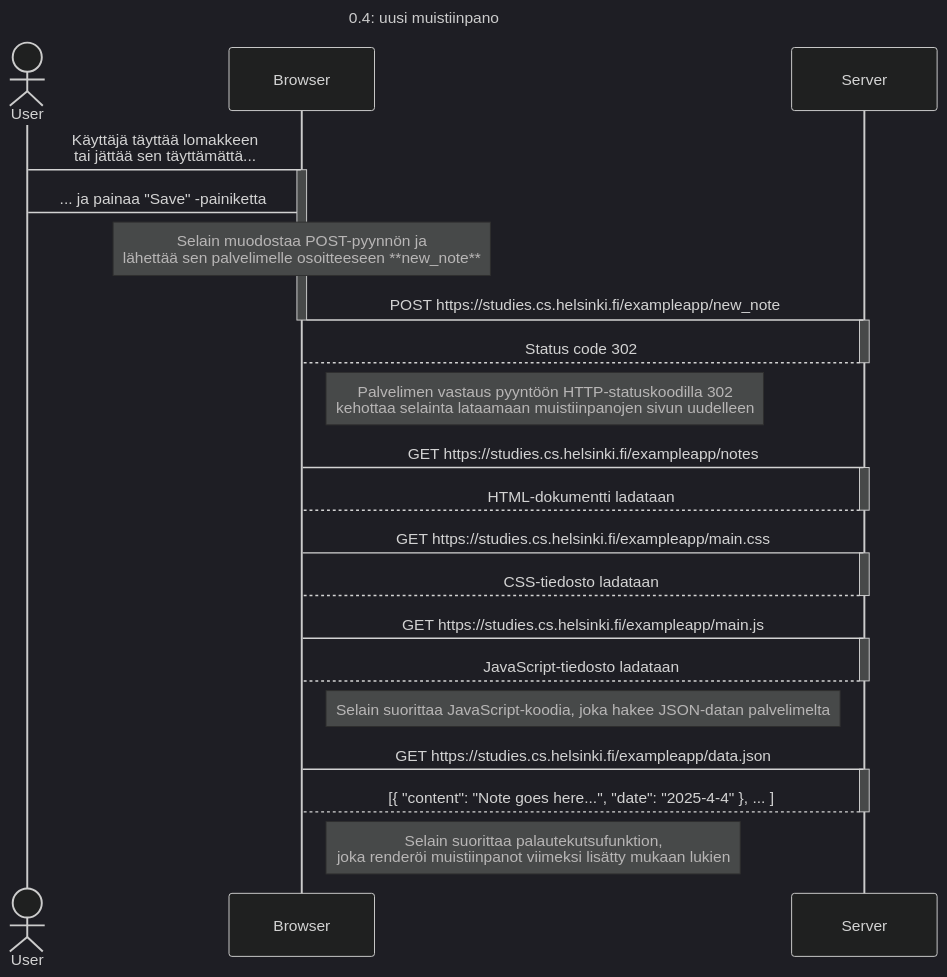
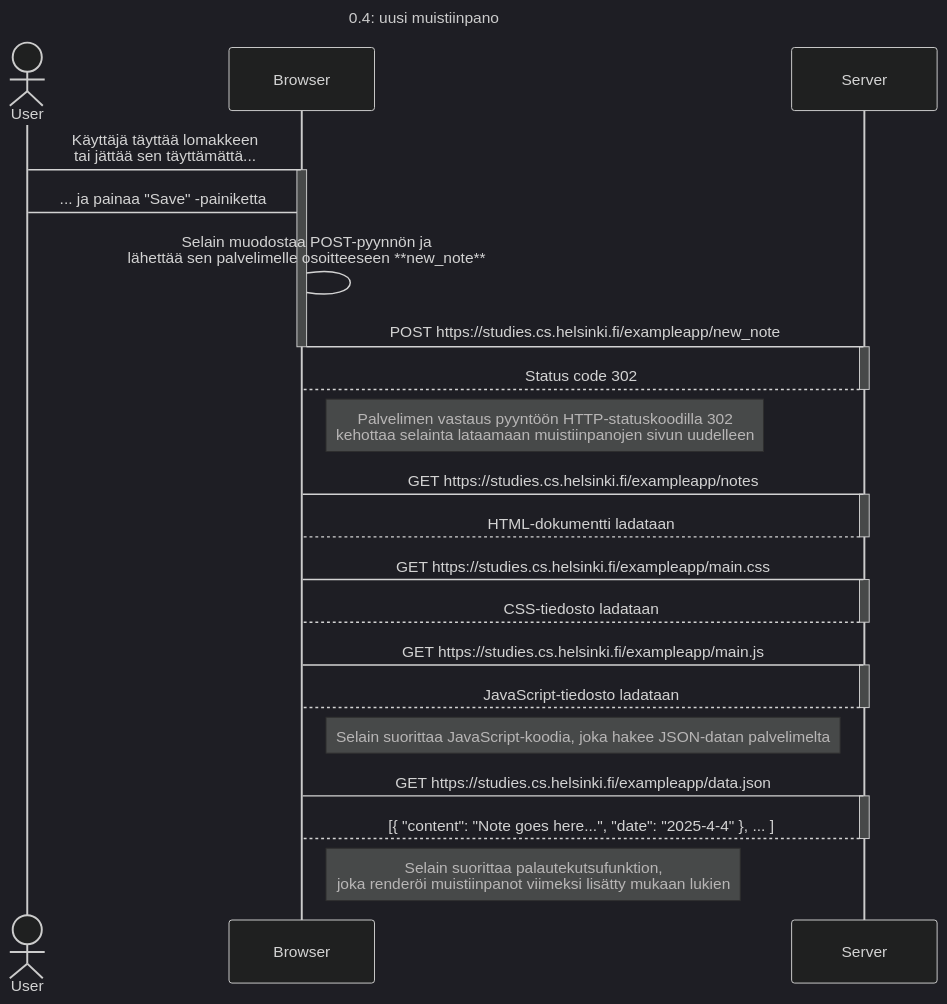
One commit to JuriHajainen/fullstackopen changed the diagram in osa0/0.4__uusi_muistiinpano.md. Above: the diagram before and after it, drawn with Mermaid (dark theme). The commit also changed 1 other file, not shown here.

````diff
--- a/osa0/0.4__uusi_muistiinpano.md
+++ b/osa0/0.4__uusi_muistiinpano.md
@@ -4,47 +4,47 @@
 ```mermaid
 
 sequenceDiagram
 
     title 0.4: uusi muistiinpano
 
     actor User
     participant Browser
     participant Server
 
     User->Browser: Käyttäjä täyttää lomakkeen<br>tai jättää sen täyttämättä...
     activate Browser
     User->Browser: ... ja painaa "Save" -painiketta
-    note over Browser: Selain muodostaa POST-pyynnön ja<br>lähettää sen palvelimelle osoitteeseen **new_note**
+    Browser->Browser:  Selain muodostaa POST-pyynnön ja<br>lähettää sen palvelimelle osoitteeseen **new_note**
     
     Browser->Server: POST https://studies.cs.helsinki.fi/exampleapp/new_note
     deactivate Browser
     activate Server
     Server-->Browser: Status code 302
     deactivate Server
     note right of Browser: Palvelimen vastaus pyyntöön HTTP-statuskoodilla 302<br>kehottaa selainta lataamaan muistiinpanojen sivun uudelleen
     
     Browser->Server: GET https://studies.cs.helsinki.fi/exampleapp/notes
     activate Server
     Server-->Browser: HTML-dokumentti ladataan
     deactivate Server
     
     Browser->Server: GET https://studies.cs.helsinki.fi/exampleapp/main.css
     activate Server
     Server-->Browser: CSS-tiedosto ladataan
     deactivate Server
     
     Browser->Server: GET https://studies.cs.helsinki.fi/exampleapp/main.js
     activate Server
     Server-->Browser: JavaScript-tiedosto ladataan
     deactivate Server
     
     note right of Browser: Selain suorittaa JavaScript-koodia, joka hakee JSON-datan palvelimelta
     
     Browser->Server: GET https://studies.cs.helsinki.fi/exampleapp/data.json
     activate Server
     Server-->Browser: [{ "content": "Note goes here...", "date": "2025-4-4" }, ... ]
     deactivate Server
 
     note right of Browser: Selain suorittaa palautekutsufunktion,<br>joka renderöi muistiinpanot viimeksi lisätty mukaan lukien
 
 ```
````
